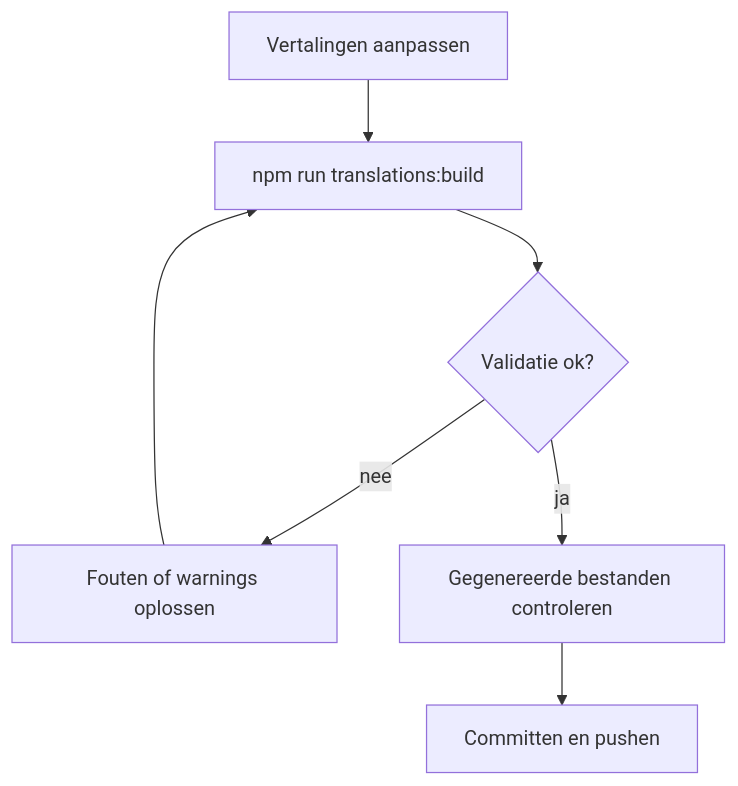
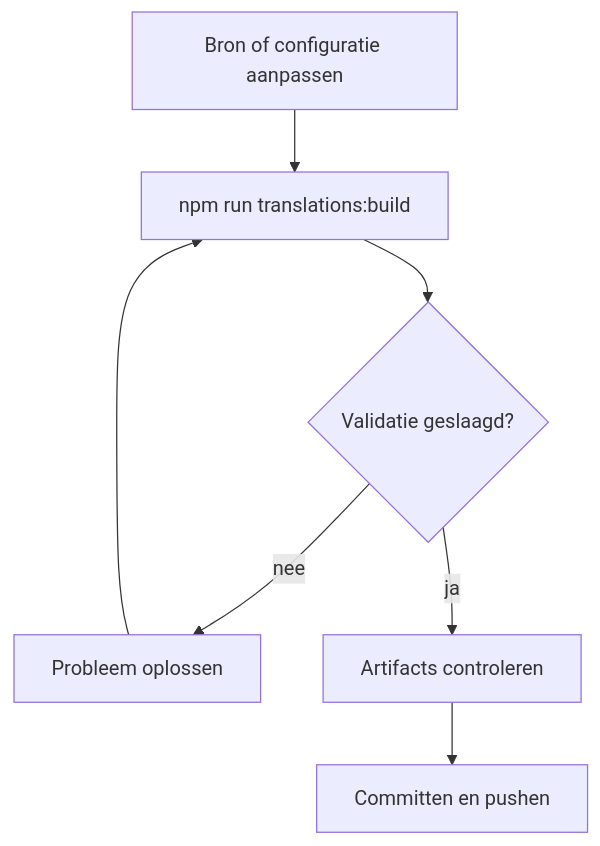
The third of 8 diagrams in README.md (PRAxISDEVELOPMENT/mypraxis_translation_keys), drawn with Mermaid before and after one commit. The commit also changed other lines of this file, not shown here.

````diff
--- a/README.md
+++ b/README.md
@@ -110,9 +213,9 @@
 ```mermaid
 flowchart TD
-    A[Vertalingen aanpassen] --> B[npm run translations:build]
-    B --> C{Validatie ok?}
-    C -- nee --> D[Fouten of warnings oplossen]
+    A[Bron of configuratie aanpassen] --> B[npm run translations:build]
+    B --> C{Validatie geslaagd?}
+    C -- nee --> D[Probleem oplossen]
     D --> B
-    C -- ja --> E[Gegenereerde bestanden controleren]
+    C -- ja --> E[Artifacts controleren]
     E --> F[Committen en pushen]
 ```
````
